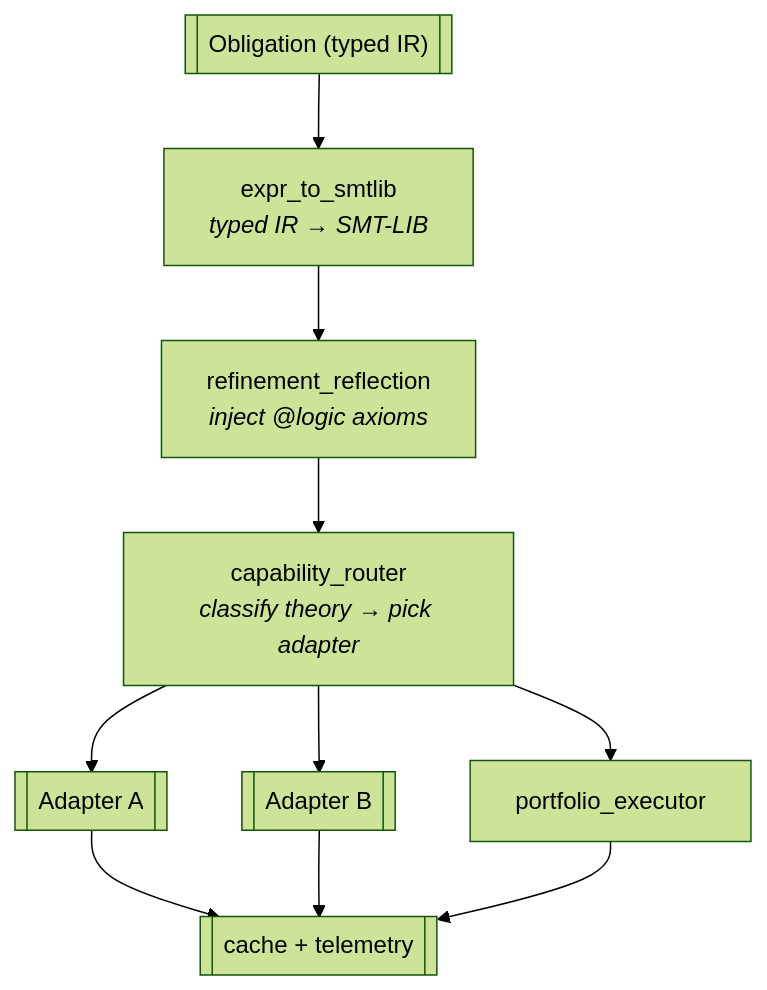
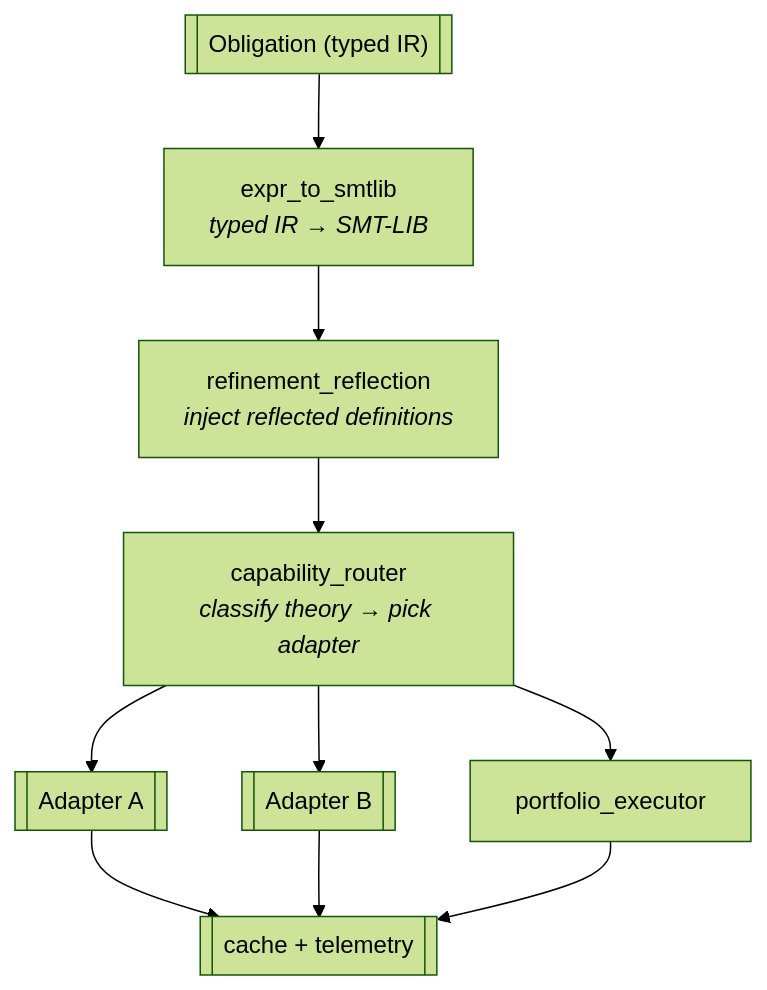
The diagram in docs/architecture/smt-integration.md (verum-lang/website), drawn with Mermaid (forest theme) before and after one commit. The commit also changed other lines of this file and 31 other files, not shown here.

````diff
--- a/docs/architecture/smt-integration.md
+++ b/docs/architecture/smt-integration.md
@@ -29,19 +29,19 @@
 ```mermaid
 flowchart TD
     IN[["Obligation (typed IR)"]]
     ES["expr_to_smtlib<br/><i>typed IR → SMT-LIB</i>"]
-    RR["refinement_reflection<br/><i>inject @logic axioms</i>"]
+    RR["refinement_reflection<br/><i>inject reflected definitions</i>"]
     CR["capability_router<br/><i>classify theory → pick adapter</i>"]
     A1[["Adapter A"]]
     A2[["Adapter B"]]
     PF["portfolio_executor"]
     CACHE[["cache + telemetry"]]
 
     IN --> ES --> RR --> CR
     CR --> A1
     CR --> A2
     CR --> PF
     A1 --> CACHE
     A2 --> CACHE
     PF --> CACHE
 ```
````
